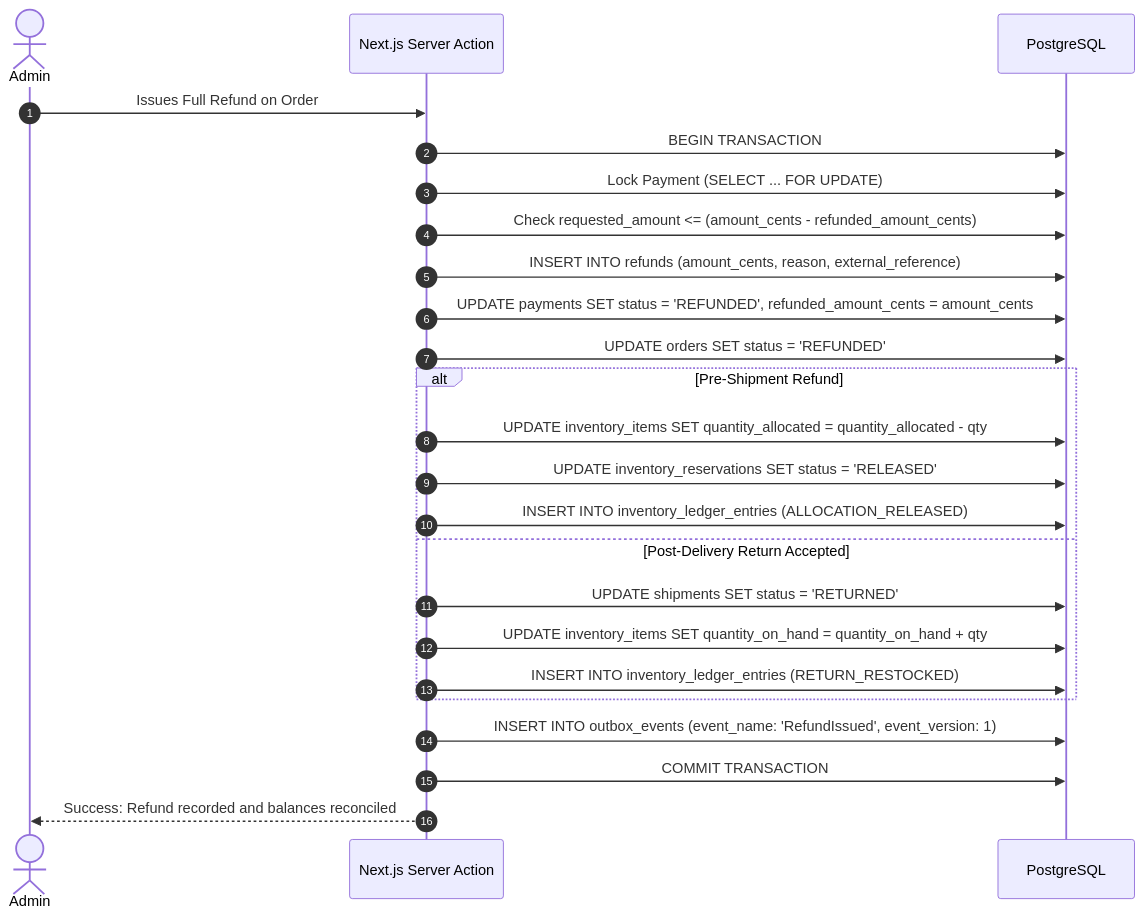
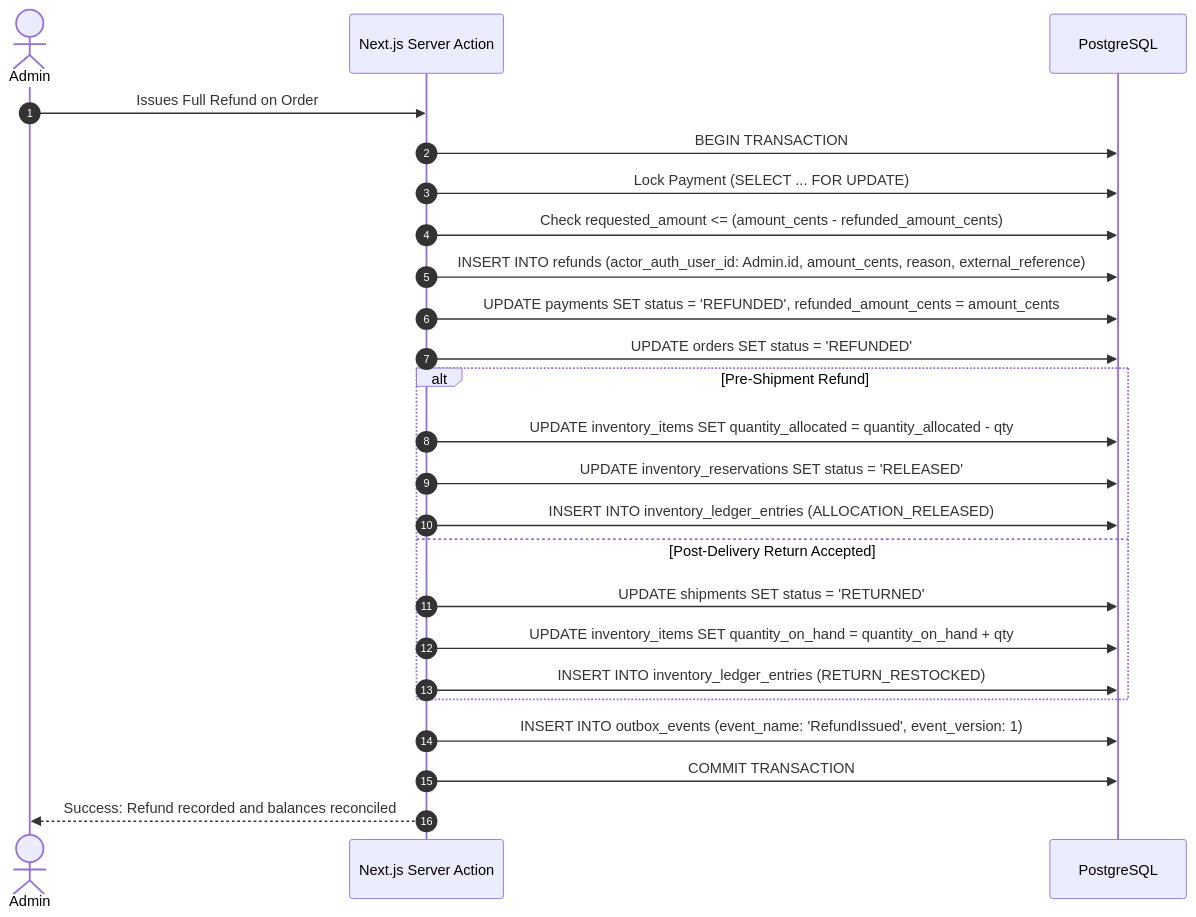
One commit to SaeBryxn/GamerPeru-Vercel changed diagram 13 of 15 in docs/architecture/COMMERCE_DOMAIN_MODEL.md. Above: the diagram before and after it, drawn with Mermaid. The commit also changed other lines of this file and 4 other files, not shown here.

````diff
--- a/docs/architecture/COMMERCE_DOMAIN_MODEL.md
+++ b/docs/architecture/COMMERCE_DOMAIN_MODEL.md
@@ -1437,27 +1452,27 @@
 ```mermaid
 sequenceDiagram
     autonumber
     actor Admin
     participant App as Next.js Server Action
     participant DB as PostgreSQL
 
     Admin->>App: Issues Full Refund on Order
     App->>DB: BEGIN TRANSACTION
     App->>DB: Lock Payment (SELECT ... FOR UPDATE)
     App->>DB: Check requested_amount <= (amount_cents - refunded_amount_cents)
-    App->>DB: INSERT INTO refunds (amount_cents, reason, external_reference)
+    App->>DB: INSERT INTO refunds (actor_auth_user_id: Admin.id, amount_cents, reason, external_reference)
     App->>DB: UPDATE payments SET status = 'REFUNDED', refunded_amount_cents = amount_cents
     App->>DB: UPDATE orders SET status = 'REFUNDED'
     alt Pre-Shipment Refund
         App->>DB: UPDATE inventory_items SET quantity_allocated = quantity_allocated - qty
         App->>DB: UPDATE inventory_reservations SET status = 'RELEASED'
         App->>DB: INSERT INTO inventory_ledger_entries (ALLOCATION_RELEASED)
     else Post-Delivery Return Accepted
         App->>DB: UPDATE shipments SET status = 'RETURNED'
         App->>DB: UPDATE inventory_items SET quantity_on_hand = quantity_on_hand + qty
         App->>DB: INSERT INTO inventory_ledger_entries (RETURN_RESTOCKED)
     end
     App->>DB: INSERT INTO outbox_events (event_name: 'RefundIssued', event_version: 1)
     App->>DB: COMMIT TRANSACTION
     App-->>Admin: Success: Refund recorded and balances reconciled
 ```
````
